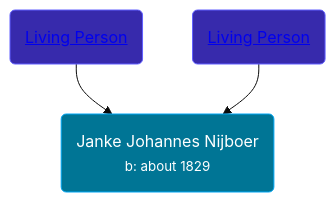
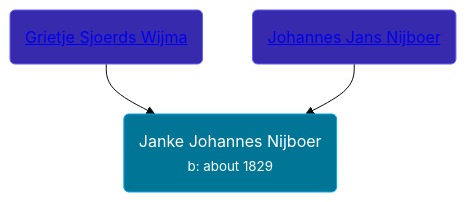
The diagram in pages/people/4/49881856.md (wpmgotkh/wpmgotkh.github.io), drawn with Mermaid (base theme) before and after one commit. The commit also changed other lines of this file and 586 other files, not shown here.

Commit message:
feat: better shouldConsiderPersonLiving algo

````diff
--- a/pages/people/4/49881856.md
+++ b/pages/people/4/49881856.md
@@ -11,9 +11,9 @@
 ```mermaid
 graph
 classDef grands fill:#193cb8,stroke:#2b7fff,stroke-width:1px,color:#fff;
 classDef parents fill:#372aac,stroke:#615fff,stroke-width:1px,color:#fff;
 classDef primary fill:#007595,stroke:#00a6f4,stroke-width:1px,color:#fff;
 49881856(Janke Johannes Nijboer<br /><small>b: about 1829</small>):::primary
-88030934(<a class="text-white" href="/people/8/88030934">Living Person</a>):::parents-->49881856
-51339263(<a class="text-white" href="/people/5/51339263">Living Person</a>):::parents-->49881856
+88030934(<a class="text-white" href="/people/8/88030934">Grietje Sjoerds Wijma</a>):::parents-->49881856
+51339263(<a class="text-white" href="/people/5/51339263">Johannes Jans Nijboer</a>):::parents-->49881856
 ```
````
